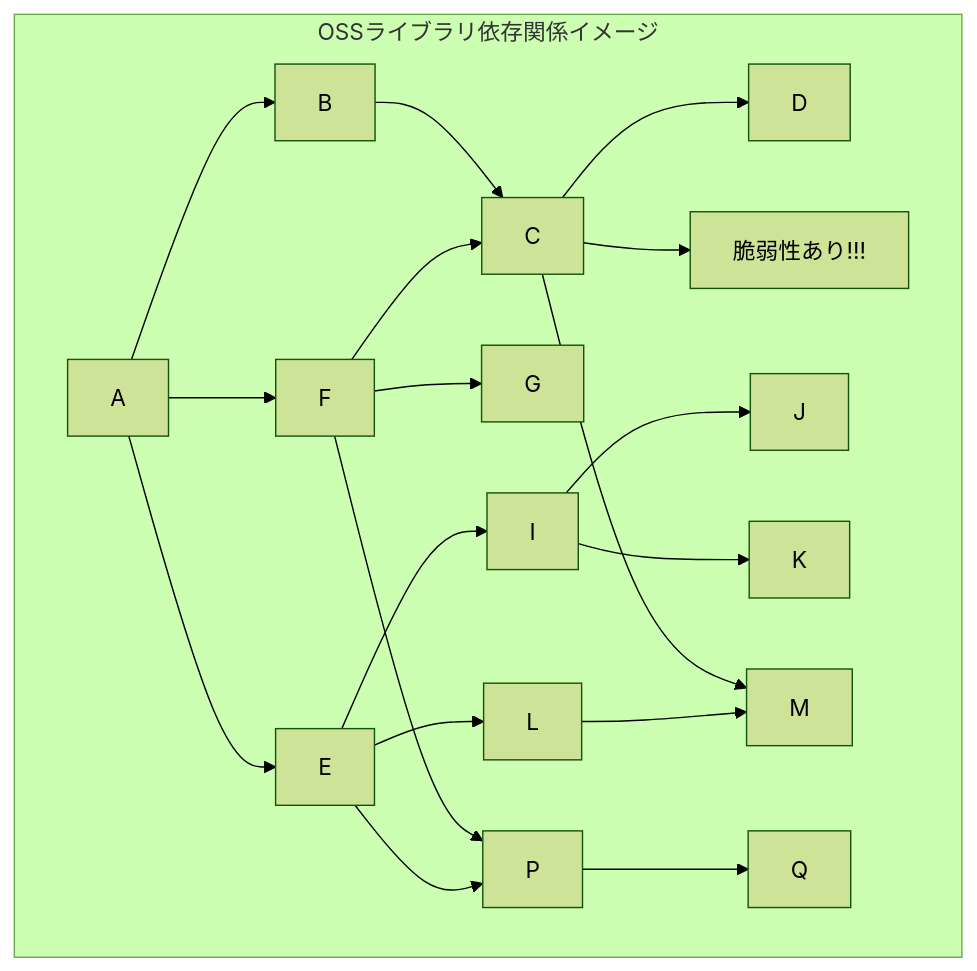
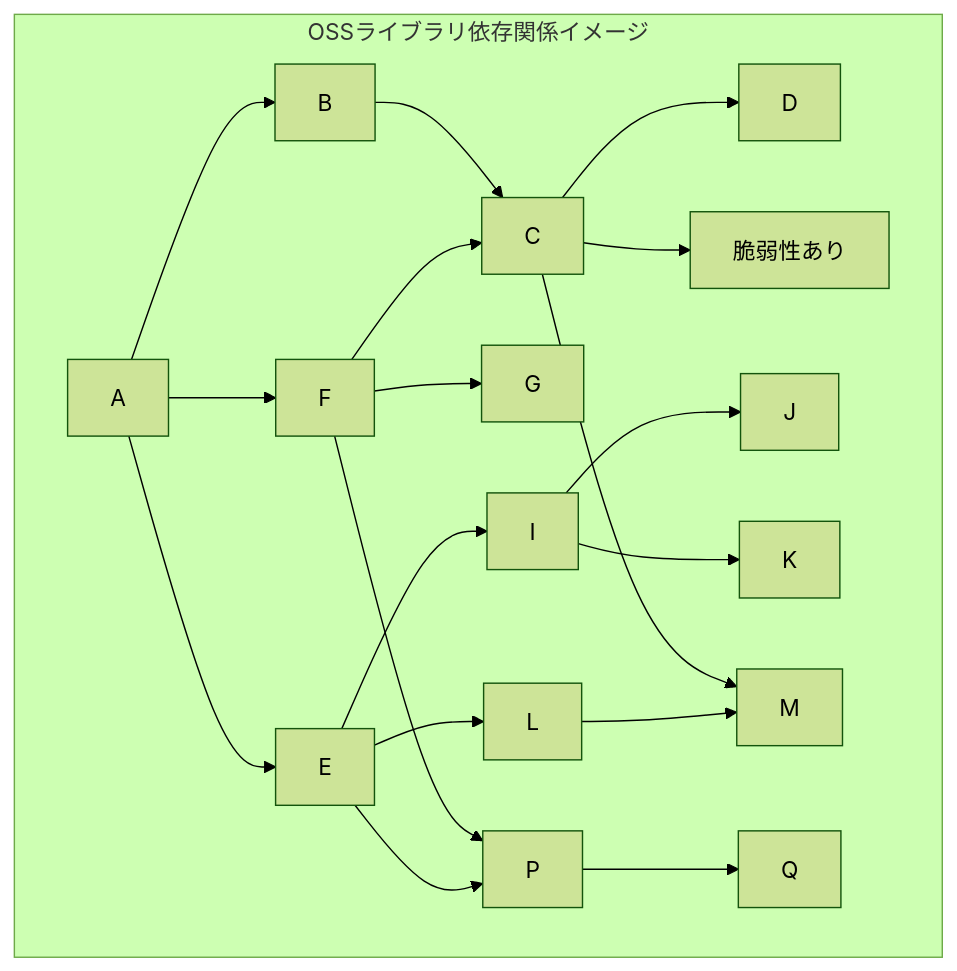
One commit to gongyong/docs changed the first of 3 diagrams in pages/gitlab_devsecops_explanation.mdx. Above: the diagram before and after it, drawn with Mermaid (forest theme).

Commit message:
compile error修正

````diff
--- a/pages/gitlab_devsecops_explanation.mdx
+++ b/pages/gitlab_devsecops_explanation.mdx
@@ -56,22 +56,22 @@
 ```mermaid
 graph TB
 subgraph OSSライブラリ依存関係イメージ
   A-->B
   B-->C
   C-->D
   A-->E
   A-->F
   F-->G
-  C-->脆弱性あり!!!
+  C-->脆弱性あり
   E-->I
   I-->J
   F-->C
   F-->P
   I-->K
   E-->L
   C-->M
   L-->M
   E-->P
   P-->Q
 end
 ```
````
